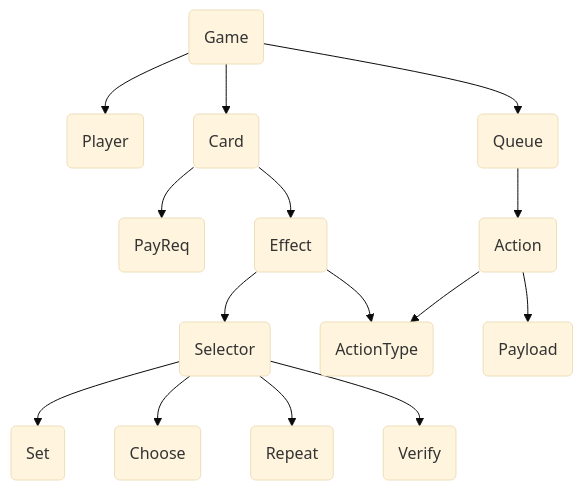
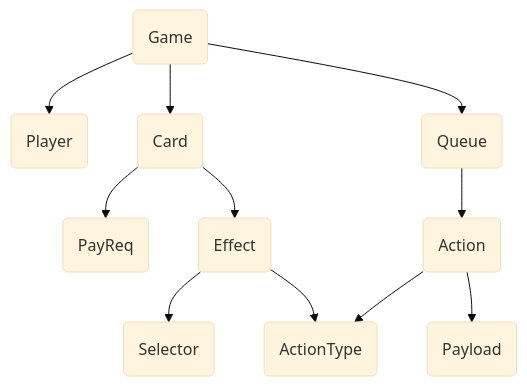
The first of 6 diagrams in README.md (stephtelolahy/WildWestOnline), drawn with Mermaid (base theme) before and after one commit. The commit also changed other lines of this file and 35 other files, not shown here.

````diff
--- a/README.md
+++ b/README.md
@@ -32,17 +32,13 @@
 ```mermaid
 graph TD;
     GAME(Game) --> PLAYER(Player);
     GAME --> CARD(Card);
     GAME --> QUEUE(Queue);
     QUEUE --> ACTION(Action);
     ACTION --> ACTIONTYPE(ActionType);
     ACTION --> PAYLOAD(Payload);
     CARD --> PLAYREQ(PayReq);
     CARD --> EFFECT(Effect);
     EFFECT --> SELECTOR(Selector);
     EFFECT --> ACTIONTYPE;
-    SELECTOR --> SETVALUE(Set);
-    SELECTOR --> CHOOSE(Choose);
-    SELECTOR --> REPEAT(Repeat);
-    SELECTOR --> VERIFY(Verify);
 ```
````
